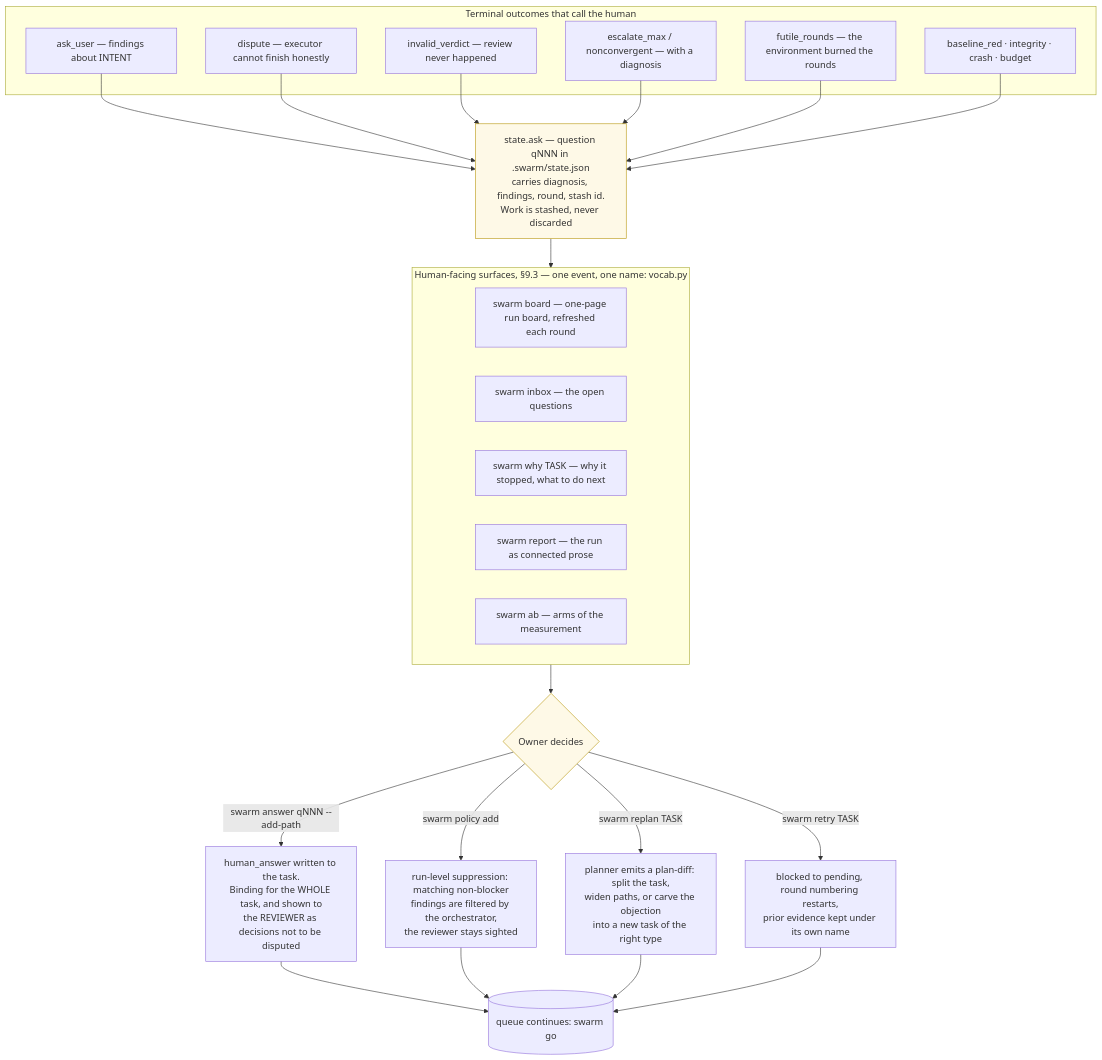
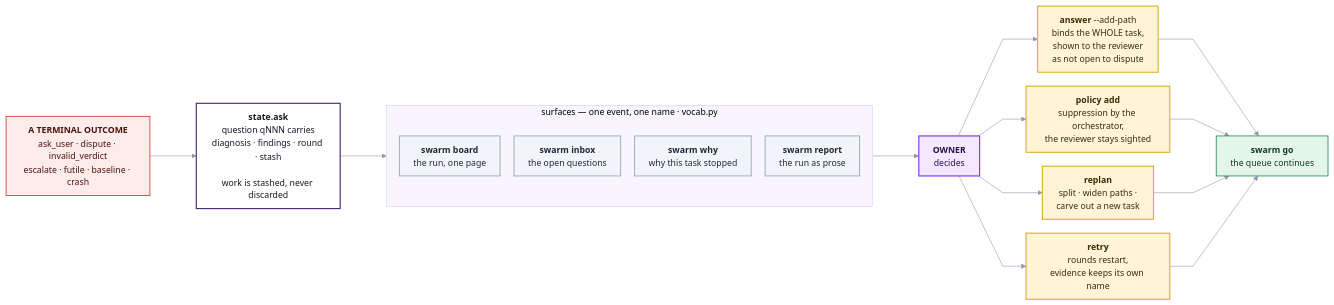
One commit to Orange-hanter/zairgrush changed diagram 13 of 16 in 11-architecture-diagrams.md. Above: the diagram before and after it, drawn with Mermaid. The commit also changed other lines of this file, not shown here.

````diff
--- a/11-architecture-diagrams.md
+++ b/11-architecture-diagrams.md
@@ -495,44 +612,42 @@
 ```mermaid
-flowchart TD
-    subgraph out["Terminal outcomes that call the human"]
-        o1["ask_user — findings about INTENT"]
-        o2["dispute — executor cannot finish honestly"]
-        o3["invalid_verdict — review never happened"]
-        o4["escalate_max / nonconvergent — with a diagnosis"]
-        o5["futile_rounds — the environment burned the rounds"]
-        o6["baseline_red · integrity · crash · budget"]
+%%{init:{"theme":"base","themeVariables":{"fontFamily":"ui-sans-serif,system-ui,-apple-system,Segoe UI,Roboto,sans-serif","fontSize":"15px","primaryColor":"#EFEAF8","primaryTextColor":"#1A1726","primaryBorderColor":"#7A5CB8","lineColor":"#9A93B0","edgeLabelBackground":"#FFFFFF","clusterBkg":"#F8F6FC","clusterBorder":"#D8D0EA"},"flowchart":{"diagramPadding":26,"curve":"linear","nodeSpacing":24,"rankSpacing":80,"padding":12}}}%%
+flowchart LR
+    outc["<b>A TERMINAL OUTCOME</b><br/>ask_user · dispute · invalid_verdict<br/>escalate · futile · baseline · crash"]:::bad
+
+    ask["<b>state.ask</b><br/>question qNNN carries<br/>diagnosis · findings · round · stash<br/><br/>work is stashed, never discarded"]:::mech
+
+    subgraph SF["surfaces — one event, one name · vocab.py"]
+        b1["<b>swarm board</b><br/>the run, one page"]:::surf
+        b2["<b>swarm inbox</b><br/>the open questions"]:::surf
+        b3["<b>swarm why</b><br/>why this task stopped"]:::surf
+        b4["<b>swarm report</b><br/>the run as prose"]:::surf
     end
 
-    o1 --> ask
-    o2 --> ask
-    o3 --> ask
-    o4 --> ask
-    o5 --> ask
-    o6 --> ask
+    owner["<b>OWNER</b><br/>decides"]:::person
 
-    ask["state.ask — question qNNN in .swarm/state.json<br/>carries diagnosis, findings, round, stash id.<br/>Work is stashed, never discarded"]
-    ask --> surf
+    a1["<b>answer</b> --add-path<br/>binds the WHOLE task,<br/>shown to the reviewer<br/>as not open to dispute"]:::act
+    a2["<b>policy add</b><br/>suppression by the orchestrator,<br/>the reviewer stays sighted"]:::act
+    a3["<b>replan</b><br/>split · widen paths ·<br/>carve out a new task"]:::act
+    a4["<b>retry</b><br/>rounds restart,<br/>evidence keeps its own name"]:::act
 
-    subgraph surf["Human-facing surfaces, §9.3 — one event, one name: vocab.py"]
-        b["swarm board — one-page run board, refreshed each round"]
-        i["swarm inbox — the open questions"]
-        w["swarm why TASK — why it stopped, what to do next"]
-        rep["swarm report — the run as connected prose"]
-        ab["swarm ab — arms of the measurement"]
-    end
+    queue["<b>swarm go</b><br/>the queue continues"]:::good
 
-    surf --> act{"Owner decides"}
+    outc --> ask
+    ask --> SF
+    SF --> owner
+    owner --> a1
+    owner --> a2
+    owner --> a3
+    owner --> a4
+    a1 --> queue
+    a2 --> queue
+    a3 --> queue
+    a4 --> queue
 
-    act -->|"swarm answer qNNN --add-path"| ans["human_answer written to the task.<br/>Binding for the WHOLE task, and shown to<br/>the REVIEWER as decisions not to be disputed"]
-    act -->|"swarm policy add"| pol["run-level suppression: matching non-blocker<br/>findings are filtered by the orchestrator,<br/>the reviewer stays sighted"]
-    act -->|"swarm replan TASK"| rp["planner emits a plan-diff: split the task,<br/>widen paths, or carve the objection<br/>into a new task of the right type"]
-    act -->|"swarm retry TASK"| rt["blocked to pending, round numbering restarts,<br/>prior evidence kept under its own name"]
-
-    ans --> queue[("queue continues: swarm go")]
-    pol --> queue
-    rp --> queue
-    rt --> queue
-
-    classDef ask fill:#fef9e7,stroke:#b7950b
-    class ask,act ask
+    classDef bad fill:#FDECEA,stroke:#C2453B,stroke-width:1.5px,color:#4A130E
+    classDef mech fill:#FFFFFF,stroke:#4A2E78,stroke-width:2px,color:#1A1726
+    classDef surf fill:#F1F5F9,stroke:#94A3B8,stroke-width:1.5px,color:#1F2937
+    classDef person fill:#F3E8FF,stroke:#7C3AED,stroke-width:2px,color:#2A1149
+    classDef act fill:#FFF4D6,stroke:#D19A00,stroke-width:1.5px,color:#3A2C05
+    classDef good fill:#E4F6EA,stroke:#2F8F5F,stroke-width:1.5px,color:#0F3D24
 ```
````
